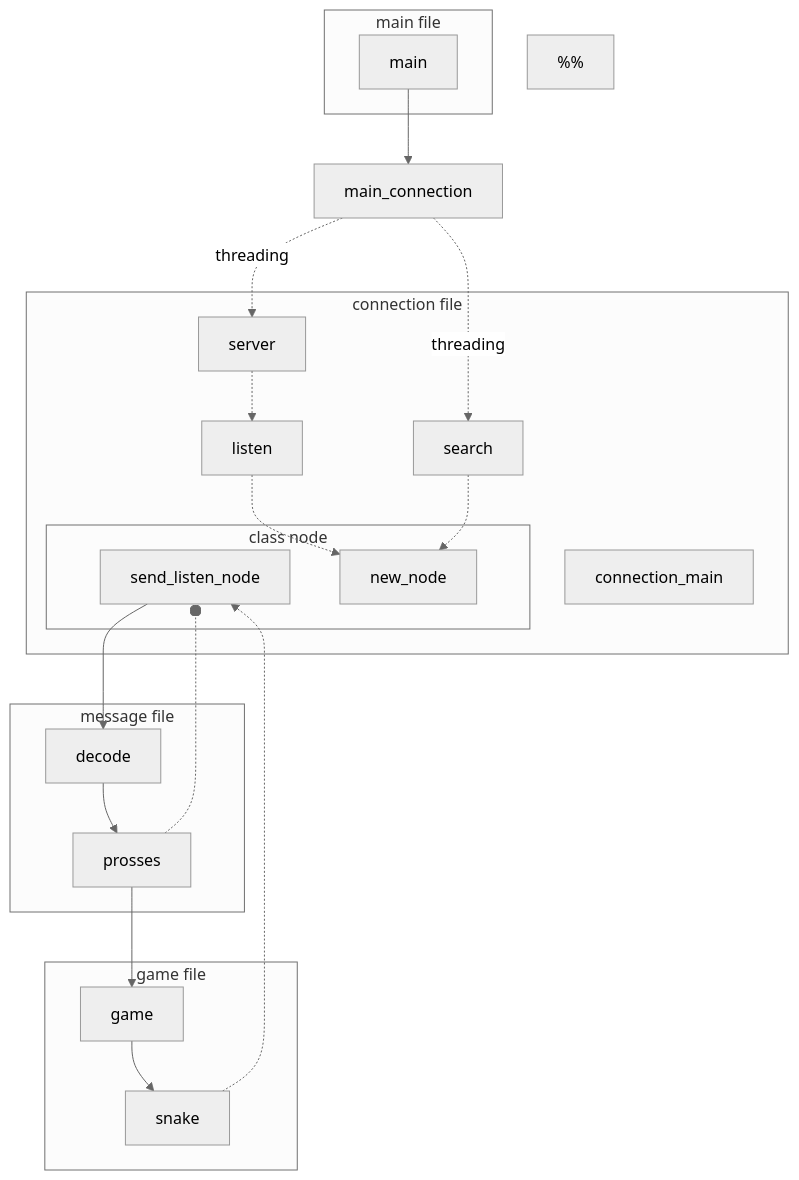
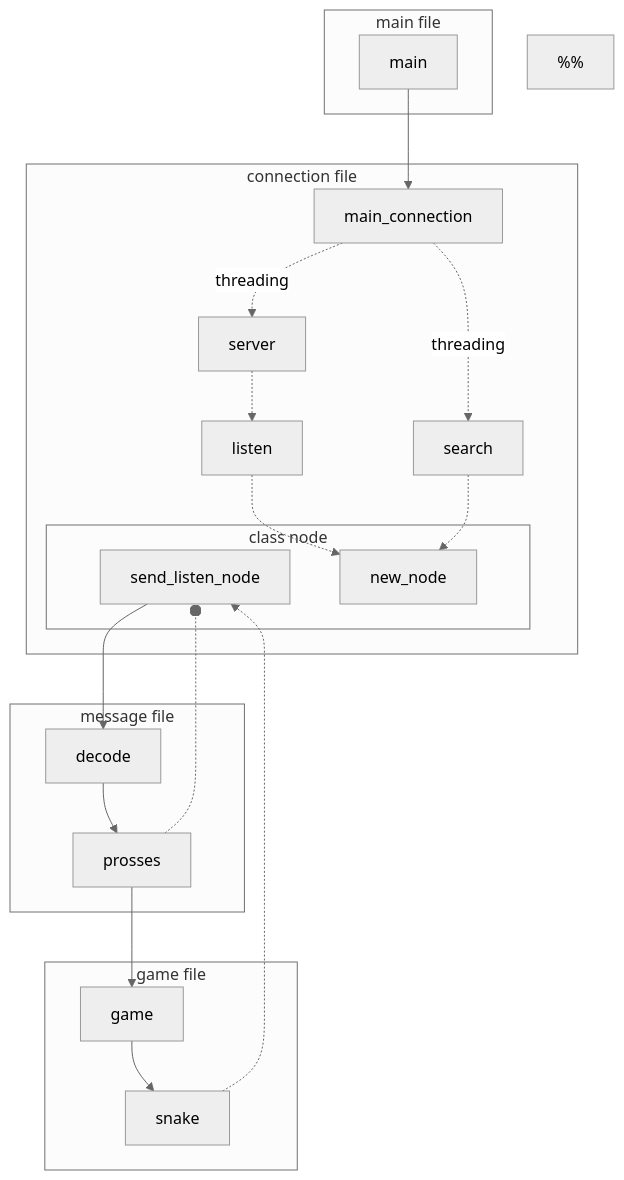
One commit to champps/p2p-snake-python changed the first of 2 diagrams in plan/snake_game/first run (en-ar).md. Above: the diagram before and after it, drawn with Mermaid (neutral theme). The commit also changed other lines of this file and 2 other files, not shown here.

````diff
--- a/plan/snake_game/first run (en-ar).md
+++ b/plan/snake_game/first run (en-ar).md
@@ -3,55 +3,56 @@
 ```mermaid
 graph TD;
                 
         subgraph main file
     main
         end
 
         subgraph connection file
-        connection_main
+        main_connection
         server
         listen
         search
         
             subgraph class node
             send_listen_node
             new_node
             end
         
         end
 
         
         subgraph message file
         decode
         prosses
         end
         
         subgraph game file
         game
         snake
         
         
         end
                 
         %% main to connect file
         main --> main_connection
         main_connection -.threading.-> search & server
         listen -.-> new_node
         search -.-> new_node
         server -.-> listen
         
         %% prosses message 
         prosses --> game
         game --> snake
         snake -.-> send_listen_node
         
         
         %% connect file to message file
         send_listen_node --> decode
         decode --> prosses
         prosses -.-o send_listen_node
         
         
         %%
 
+
 ```
````
